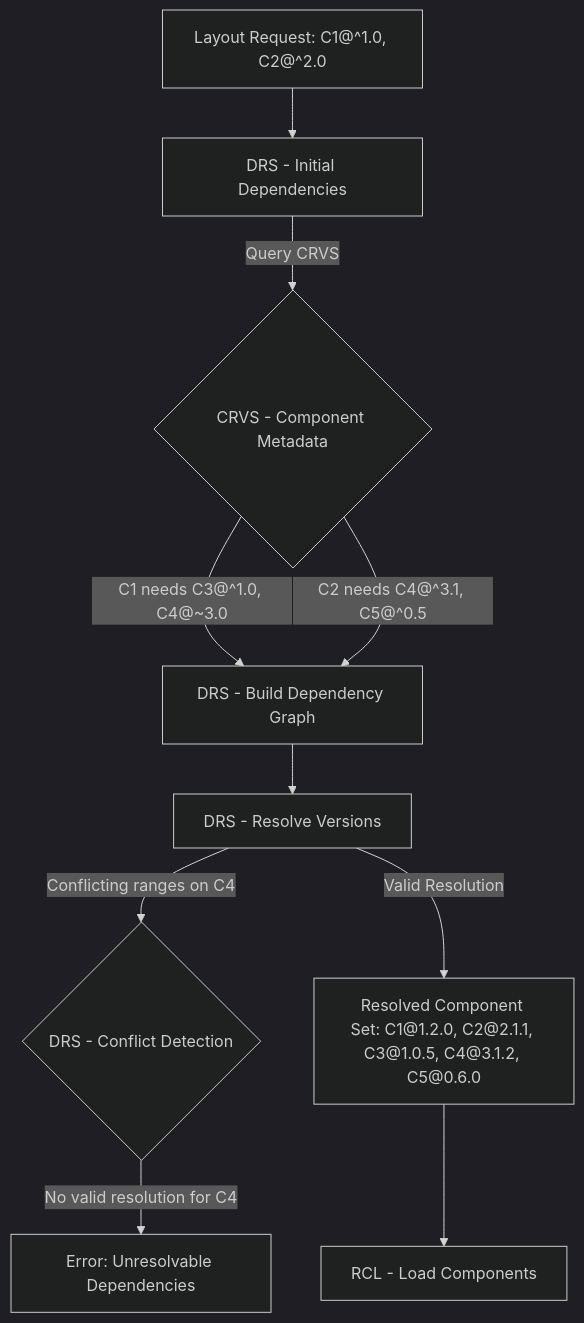
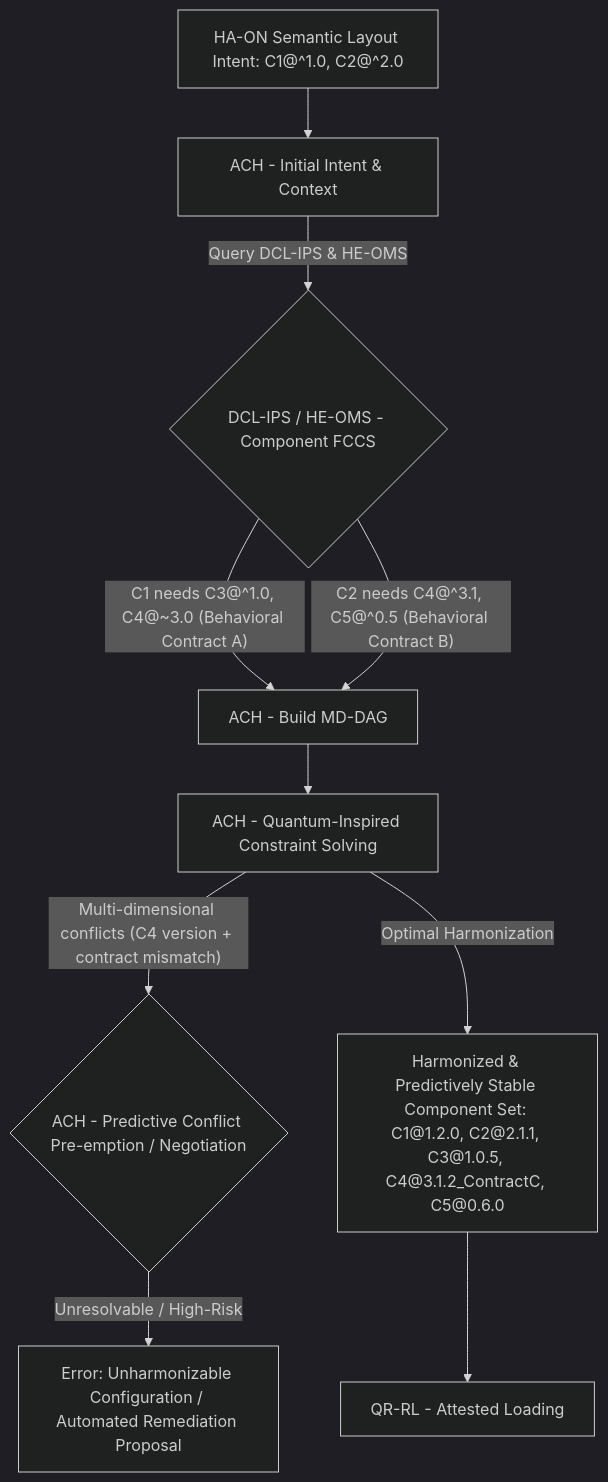
The third of 10 diagrams in inventions/015_adaptive_ui_layout_generation/018_dynamic_ui_component_framework.md (diplomat-bit/Citibank_Demo_Business_Inc_Demonstration-), drawn with Mermaid (dark theme) before and after one commit. The commit also changed other lines of this file, not shown here.

Commit message:
[AI] Edit: inventions/015_adaptive_ui_layout_generation/018_dynamic_ui_component_framework.md

````diff
--- a/inventions/015_adaptive_ui_layout_generation/018_dynamic_ui_component_framework.md
+++ b/inventions/015_adaptive_ui_layout_generation/018_dynamic_ui_component_framework.md
@@ -106,12 +120,12 @@
 ```mermaid
 graph TD
-    A[Layout Request: C1@^1.0, C2@^2.0] --> B[DRS - Initial Dependencies];
-    B -- Query CRVS --> C{CRVS - Component Metadata};
-    C -- C1 needs C3@^1.0, C4@~3.0 --> D[DRS - Build Dependency Graph];
-    C -- C2 needs C4@^3.1, C5@^0.5 --> D;
-    D --> E[DRS - Resolve Versions];
-    E -- Conflicting ranges on C4 --> F{DRS - Conflict Detection};
-    F -- No valid resolution for C4 --> G[Error: Unresolvable Dependencies];
-    E -- Valid Resolution --> H[Resolved Component Set: C1@1.2.0, C2@2.1.1, C3@1.0.5, C4@3.1.2, C5@0.6.0];
-    H --> I[RCL - Load Components];
+    A[HA-ON Semantic Layout Intent: C1@^1.0, C2@^2.0] --> B[ACH - Initial Intent & Context];
+    B -- Query DCL-IPS & HE-OMS --> C{DCL-IPS / HE-OMS - Component FCCS};
+    C -- C1 needs C3@^1.0, C4@~3.0 (Behavioral Contract A) --> D[ACH - Build MD-DAG];
+    C -- C2 needs C4@^3.1, C5@^0.5 (Behavioral Contract B) --> D;
+    D --> E[ACH - Quantum-Inspired Constraint Solving];
+    E -- Multi-dimensional conflicts (C4 version + contract mismatch) --> F{ACH - Predictive Conflict Pre-emption / Negotiation};
+    F -- Unresolvable / High-Risk --> G[Error: Unharmonizable Configuration / Automated Remediation Proposal];
+    E -- Optimal Harmonization --> H[Harmonized & Predictively Stable Component Set: C1@1.2.0, C2@2.1.1, C3@1.0.5, C4@3.1.2_ContractC, C5@0.6.0];
+    H --> I[QR-RL - Attested Loading];
 ```
````
